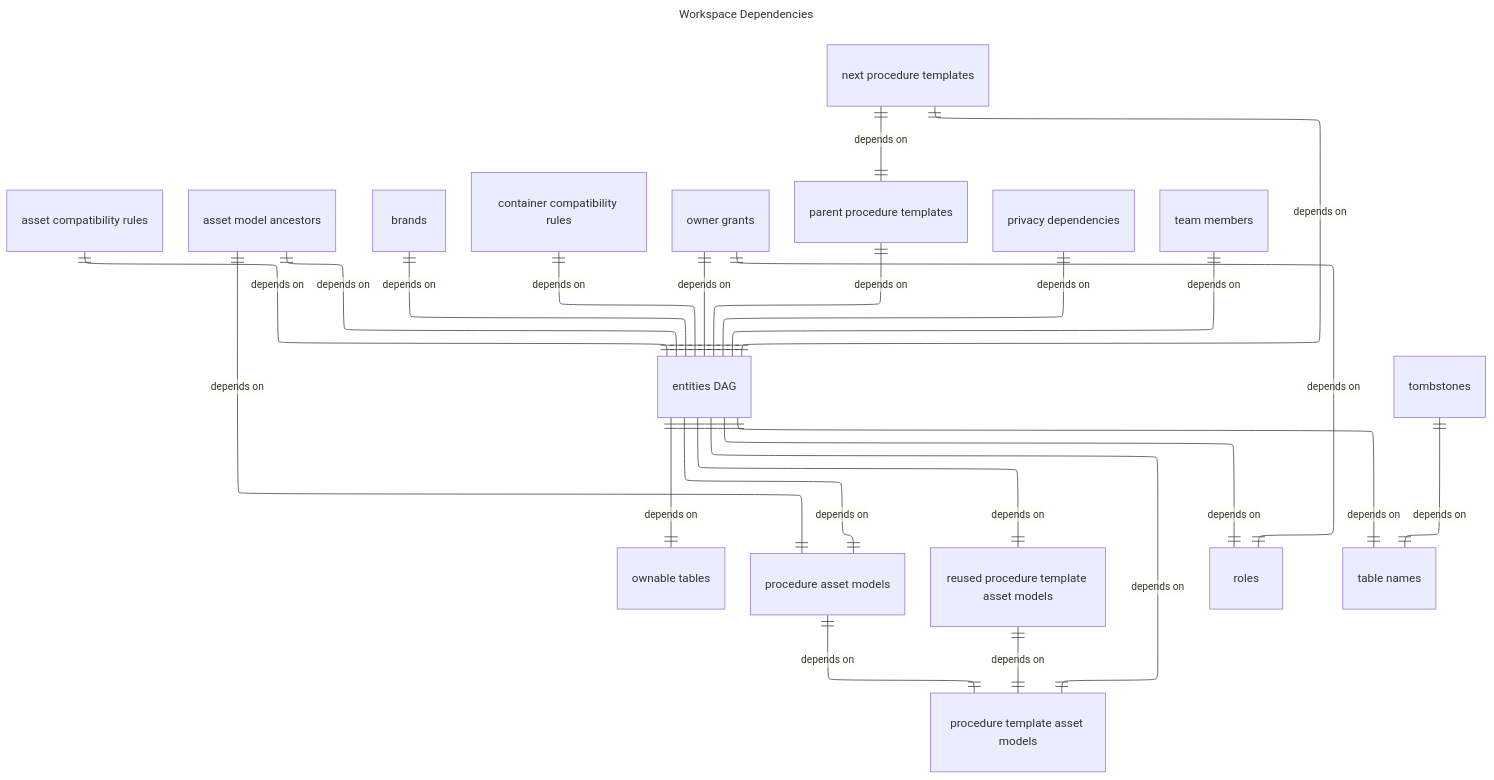
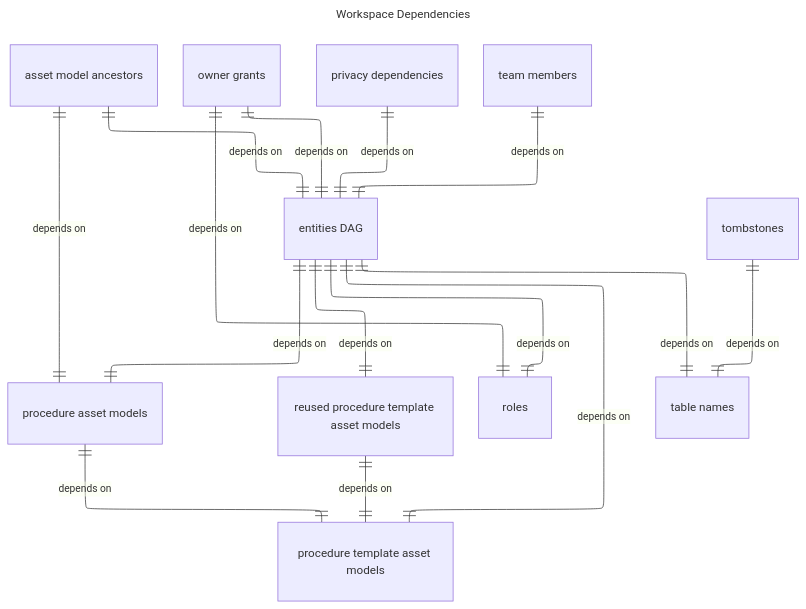
One commit to earth-metabolome-initiative/asset-procedure-schema changed the diagram in builder/workspace_dependencies.mmd. Above: the diagram before and after it, drawn with Mermaid. The commit also changed 95 other files, not shown here.

Commit message:
Continued working on fixing schema

```diff
--- a/builder/workspace_dependencies.mmd
+++ b/builder/workspace_dependencies.mmd
@@ -1,47 +1,34 @@
 ---
 config:
   layout: elk
   theme: default
   look: classic
 title: Workspace Dependencies
 ---
 erDiagram
   direction TB
-  v2["asset compatibility rules"]
   v3["asset model ancestors"]
-  v11["brands"]
-  v32["container compatibility rules"]
   v42["entities DAG"]
-  v60["next procedure templates"]
-  v61["ownable tables"]
-  v63["owner grants"]
-  v68["parent procedure templates"]
-  v76["privacy dependencies"]
-  v77["procedure asset models"]
-  v78["procedure template asset models"]
-  v81["reused procedure template asset models"]
-  v82["roles"]
-  v91["table names"]
-  v92["team members"]
-  v94["tombstones"]
-  v42 ||--|| v78 : "depends on"
+  v62["owner grants"]
+  v75["privacy dependencies"]
+  v76["procedure asset models"]
+  v77["procedure template asset models"]
+  v80["reused procedure template asset models"]
+  v81["roles"]
+  v90["table names"]
+  v91["team members"]
+  v93["tombstones"]
+  v42 ||--|| v77 : "depends on"
+  v42 ||--|| v80 : "depends on"
+  v42 ||--|| v76 : "depends on"
+  v3 ||--|| v42 : "depends on"
   v42 ||--|| v81 : "depends on"
-  v42 ||--|| v77 : "depends on"
-  v2 ||--|| v42 : "depends on"
-  v3 ||--|| v42 : "depends on"
-  v11 ||--|| v42 : "depends on"
-  v32 ||--|| v42 : "depends on"
-  v42 ||--|| v82 : "depends on"
-  v42 ||--|| v91 : "depends on"
-  v60 ||--|| v68 : "depends on"
-  v60 ||--|| v42 : "depends on"
-  v42 ||--|| v61 : "depends on"
-  v63 ||--|| v42 : "depends on"
-  v63 ||--|| v82 : "depends on"
-  v68 ||--|| v42 : "depends on"
-  v76 ||--|| v42 : "depends on"
-  v77 ||--|| v3 : "depends on"
-  v77 ||--|| v78 : "depends on"
-  v81 ||--|| v78 : "depends on"
-  v92 ||--|| v42 : "depends on"
-  v94 ||--|| v91 : "depends on"
+  v42 ||--|| v90 : "depends on"
+  v62 ||--|| v42 : "depends on"
+  v62 ||--|| v81 : "depends on"
+  v75 ||--|| v42 : "depends on"
+  v76 ||--|| v3 : "depends on"
+  v76 ||--|| v77 : "depends on"
+  v80 ||--|| v77 : "depends on"
+  v91 ||--|| v42 : "depends on"
+  v93 ||--|| v90 : "depends on"
```
